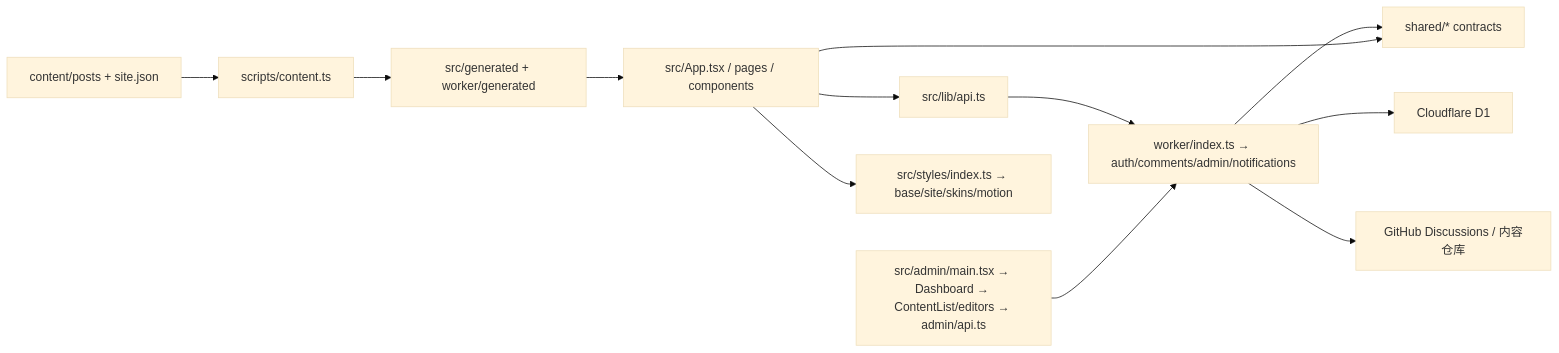
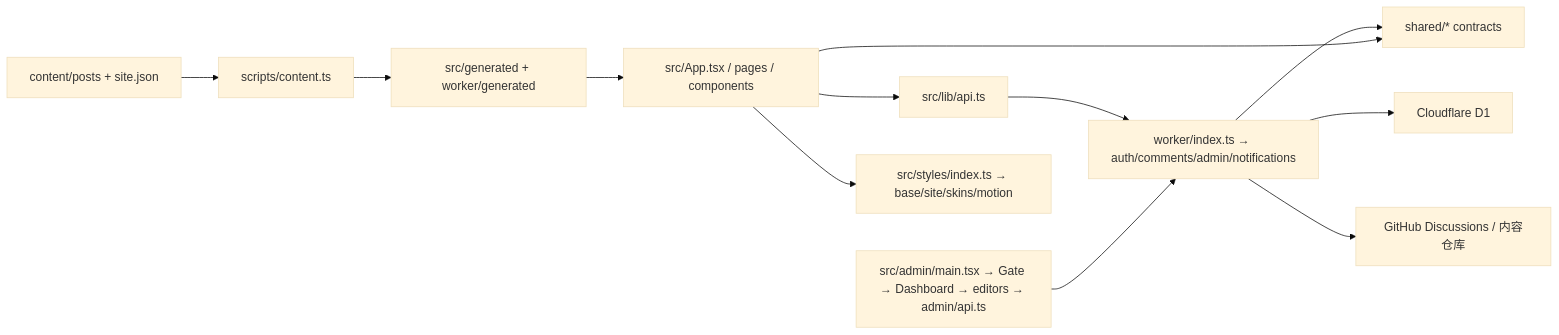
One commit to YohakuSama/waylan-blog changed the first of 2 diagrams in docs/ARCHITECTURE.md. Above: the diagram before and after it, drawn with Mermaid (base theme). The commit also changed other lines of this file, not shown here.

Commit message:
docs: register explicit session Gate and admin bootstrap responsibility

````diff
--- a/docs/ARCHITECTURE.md
+++ b/docs/ARCHITECTURE.md
@@ -9,14 +9,14 @@
 ```mermaid
 flowchart LR
     Content["content/posts + site.json"] --> Build["scripts/content.ts"]
     Build --> Generated["src/generated + worker/generated"]
     Generated --> Front["src/App.tsx / pages / components"]
     Front --> BrowserApi["src/lib/api.ts"]
     BrowserApi --> Worker["worker/index.ts → auth/comments/admin/notifications"]
     Worker --> Shared["shared/* contracts"]
     Front --> Shared
     Worker --> D1["Cloudflare D1"]
     Worker --> GitHub["GitHub Discussions / 内容仓库"]
-    Admin["src/admin/main.tsx → Dashboard → ContentList/editors → admin/api.ts"] --> Worker
+    Admin["src/admin/main.tsx → Gate → Dashboard → editors → admin/api.ts"] --> Worker
     Front --> Styles["src/styles/index.ts → base/site/skins/motion"]
 ```
````
